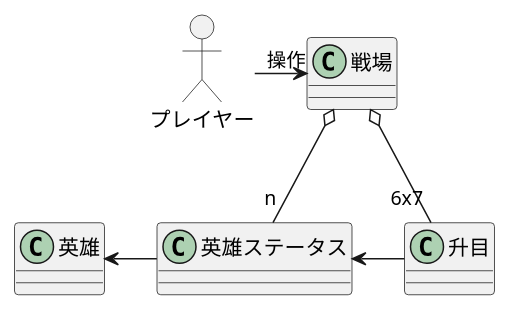
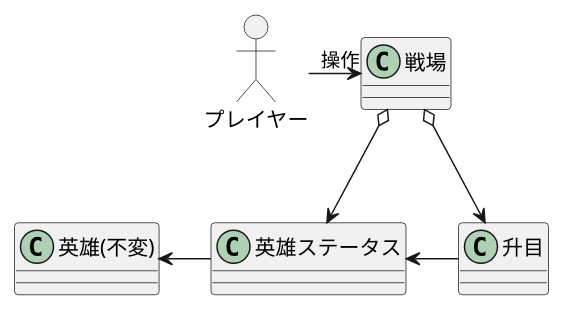
The diagram in fehsbattlemodel/uml/戦場３.puml (turanukimaru/fehs), drawn with PlantUML before and after one commit. The commit also changed 8 other files, not shown here.

```diff
--- a/fehsbattlemodel/uml/戦場３.puml
+++ b/fehsbattlemodel/uml/戦場３.puml
@@ -1,21 +1,21 @@
 @startuml
 allow_mixing
 class "戦場" as Entity {
 }
 
 class "升目" as Square {
 }
 
 class "英雄ステータス" as Hero {
 }
 
-class "英雄" as BaseHero {
+class "英雄(不変)" as BaseHero {
 }
 
 Actor "プレイヤー" as Player
 Player "操作" -> Entity
-Entity  o-- "n" Hero
-Entity  o-- "6x7" Square
+Entity  o--> Hero
+Entity  o--> Square
 Hero <- Square
 BaseHero <- Hero
 @enduml
```
